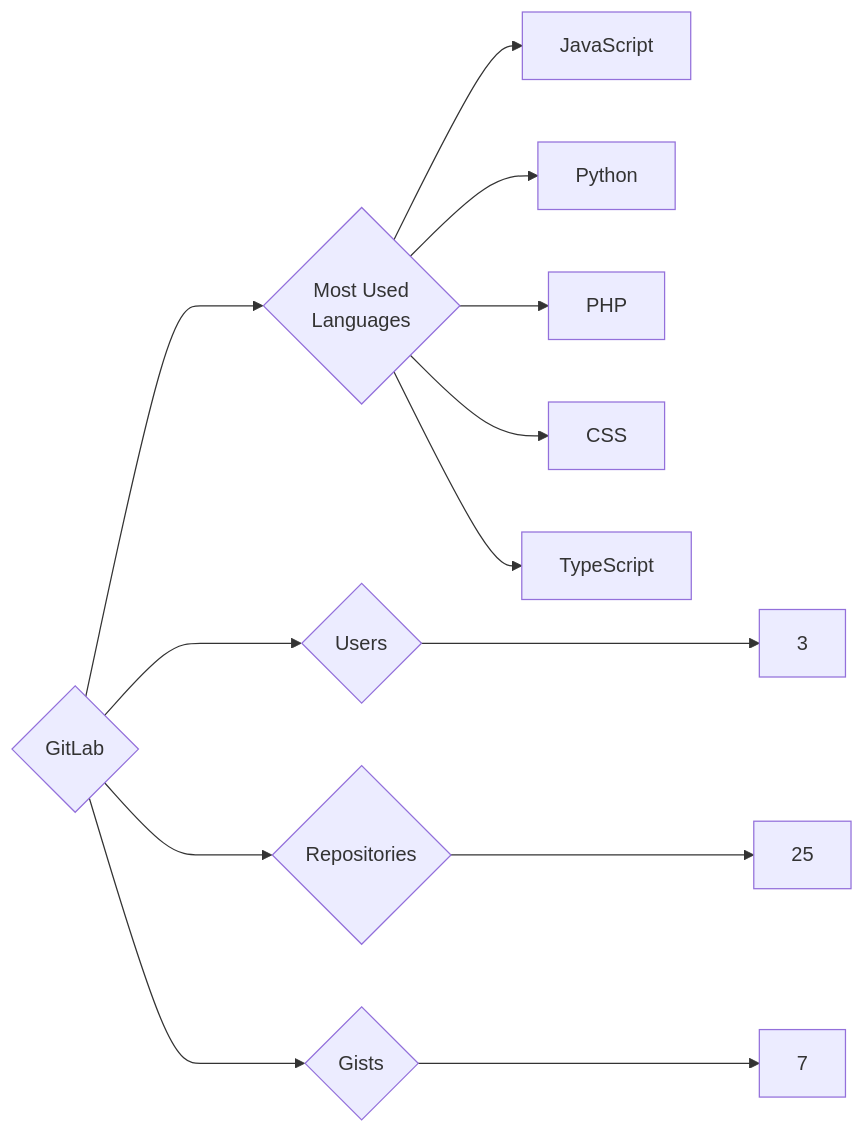
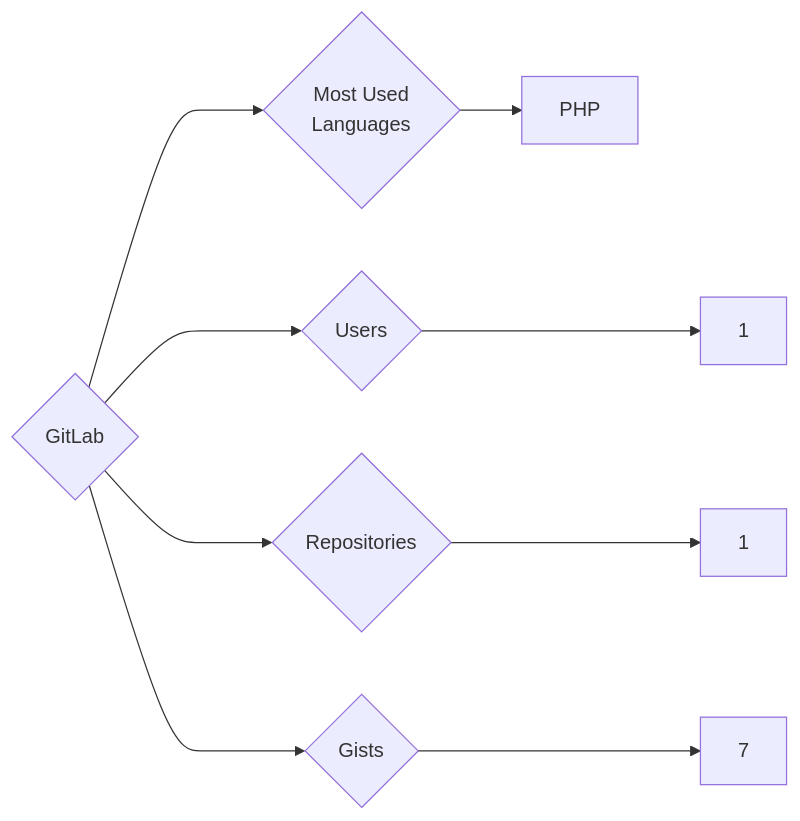
The diagram in targets/GitLab/README.md (trickest/insiders), drawn with Mermaid before and after one commit. The commit also changed 1078 other files, not shown here.

````diff
--- a/targets/GitLab/README.md
+++ b/targets/GitLab/README.md
@@ -3,13 +3,9 @@
 ```mermaid
 graph LR
 COMPANY_NAME{GitLab}
-COMPANY_NAME ---> U{Users} ---> UN[3]
-COMPANY_NAME ---> R{Repositories} ---> RN[25]
+COMPANY_NAME ---> U{Users} ---> UN[1]
+COMPANY_NAME ---> R{Repositories} ---> RN[1]
 COMPANY_NAME ---> G{Gists} ---> GN[7]
 COMPANY_NAME ---> ML{Most Used<br>Languages}
-ML --> JavaScript[JavaScript]
-ML --> Python[Python]
 ML --> PHP[PHP]
-ML --> CSS[CSS]
-ML --> TypeScript[TypeScript]
 ```
````
